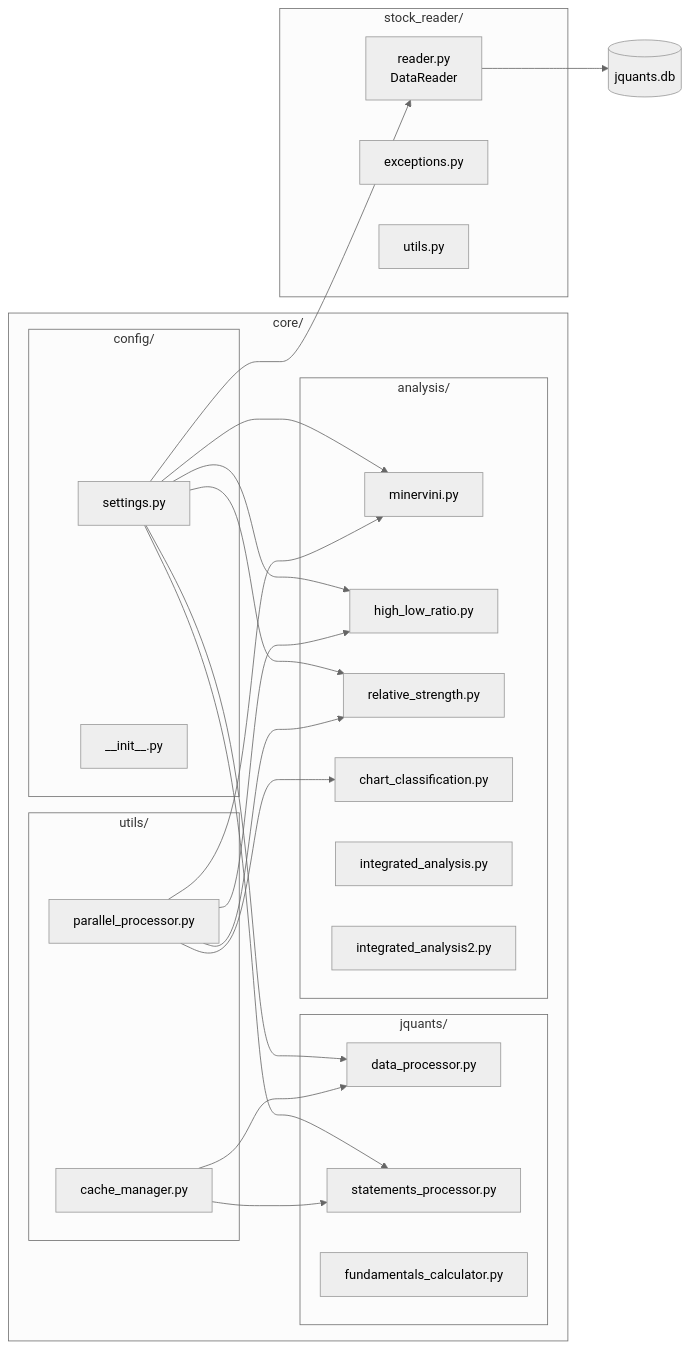
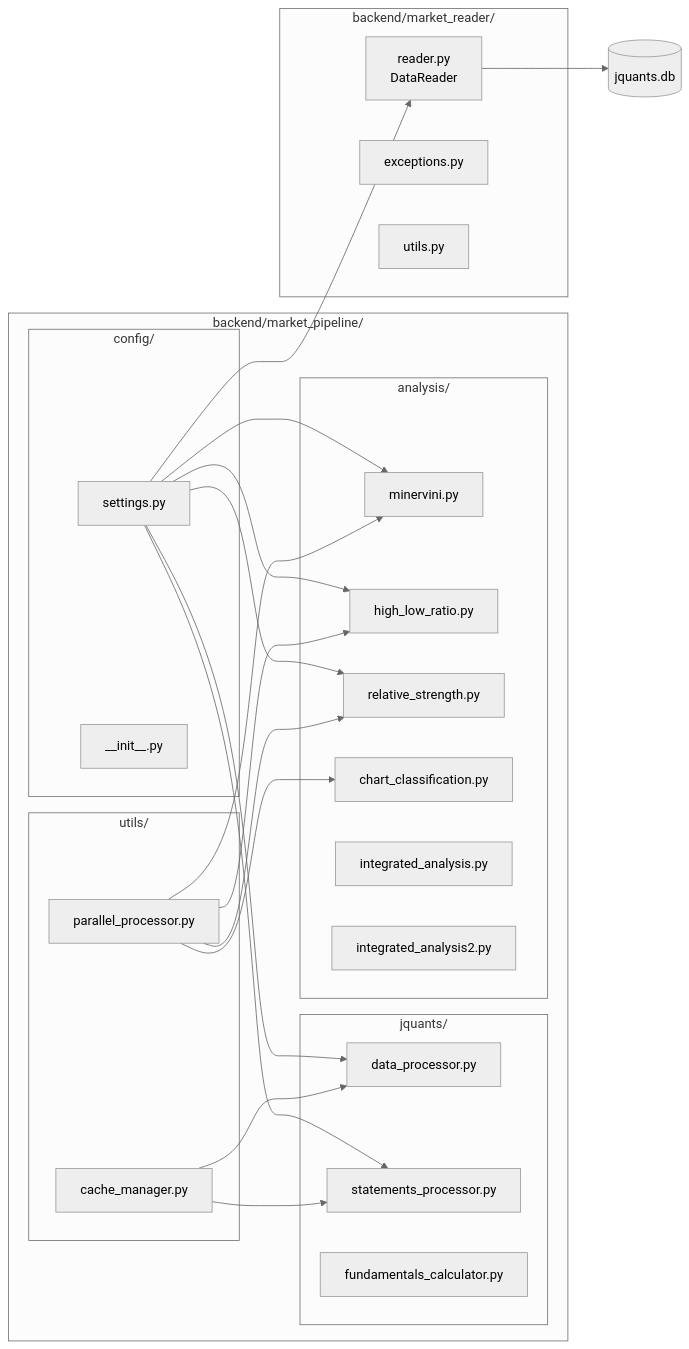
One commit to tak-akashi/stock-analysis changed the second of 8 diagrams in docs/core/diagrams.md. Above: the diagram before and after it, drawn with Mermaid (neutral theme). The commit also changed 57 other files, not shown here.

Commit message:
refact: core,stock_reader renamed and moved to backend

````diff
--- a/docs/core/diagrams.md
+++ b/docs/core/diagrams.md
@@ -57,52 +57,52 @@
 ```mermaid
 graph LR
-    subgraph Backend["core/"]
+    subgraph Backend["backend/market_pipeline/"]
         subgraph Config["config/"]
             SET[settings.py]
             INIT[__init__.py]
         end
 
         subgraph JQuants["jquants/"]
             DP[data_processor.py]
             SP[statements_processor.py]
             FC[fundamentals_calculator.py]
         end
 
         subgraph AnalysisMod["analysis/"]
             MN[minervini.py]
             HL[high_low_ratio.py]
             RS[relative_strength.py]
             CC[chart_classification.py]
             IA[integrated_analysis.py]
             IA2[integrated_analysis2.py]
         end
 
         subgraph Utils["utils/"]
             PP[parallel_processor.py]
             CM[cache_manager.py]
         end
     end
 
-    subgraph StockReader["stock_reader/"]
+    subgraph MarketReader["backend/market_reader/"]
         DR[reader.py<br/>DataReader]
         EX[exceptions.py]
         UT[utils.py]
     end
 
     SET --> DP
     SET --> SP
     SET --> MN
     SET --> HL
     SET --> RS
     SET --> DR
 
     PP --> MN
     PP --> HL
     PP --> RS
     PP --> CC
 
     CM --> DP
     CM --> SP
 
     DR --> JDB[(jquants.db)]
 ```
````
